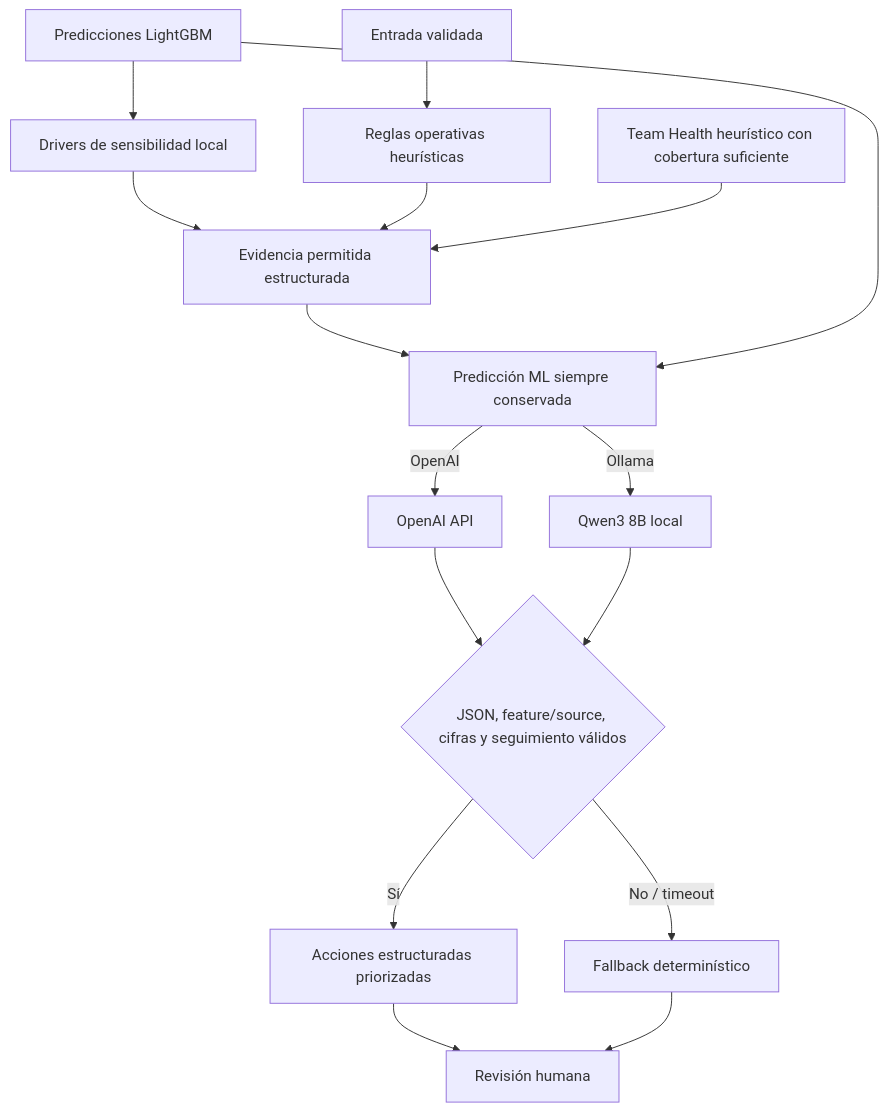
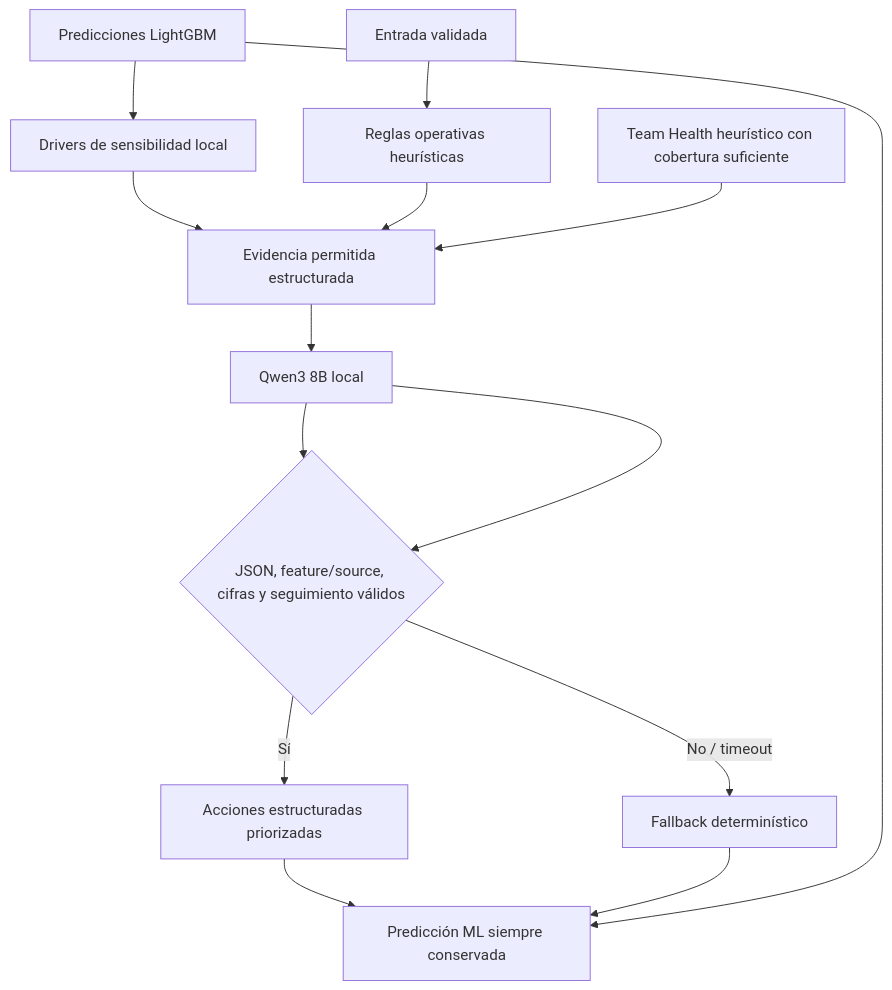
Before and after one commit to heiandavi-boop/tallerfina3: the second of 3 diagrams in docs/architecture.md, drawn with Mermaid. The commit also changed other lines of this file and 48 other files, not shown here.

First line of the commit message:
refactor: leave PRUNIN AI Core with Ollama-only local inference (#8)

````diff
--- a/docs/architecture.md
+++ b/docs/architecture.md
@@ -41,18 +39,16 @@
 ```mermaid
 flowchart TD
   M[Predicciones LightGBM] --> D[Drivers de sensibilidad local]
   D --> E[Evidencia permitida estructurada]
   U[Entrada validada] --> S[Reglas operativas heurísticas]
   S --> E
   T[Team Health heurístico con cobertura suficiente] --> E
-  E --> P{Proveedor por solicitud}
-  P -->|Ollama| Q[Qwen3 8B local]
-  P -->|OpenAI| G[OpenAI API]
-  G --> V{JSON, feature/source, cifras y seguimiento válidos}
+  E --> Q[Qwen3 8B local]
+  Q --> V{JSON, feature/source, cifras y seguimiento válidos}
   Q --> V{JSON, feature/source, cifras y seguimiento válidos}
   V -->|Sí| R[Acciones estructuradas priorizadas]
   V -->|No / timeout| F[Fallback determinístico]
   R --> H[Revisión humana]
   F --> H
-  M --> P[Predicción ML siempre conservada]
+  M --> H[Predicción ML siempre conservada]
 ```
````
